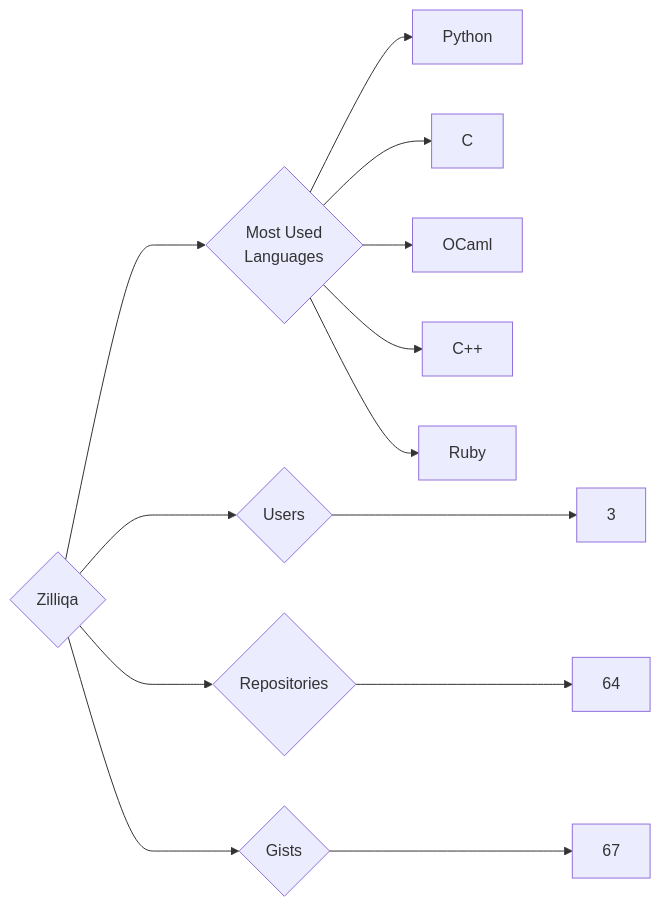
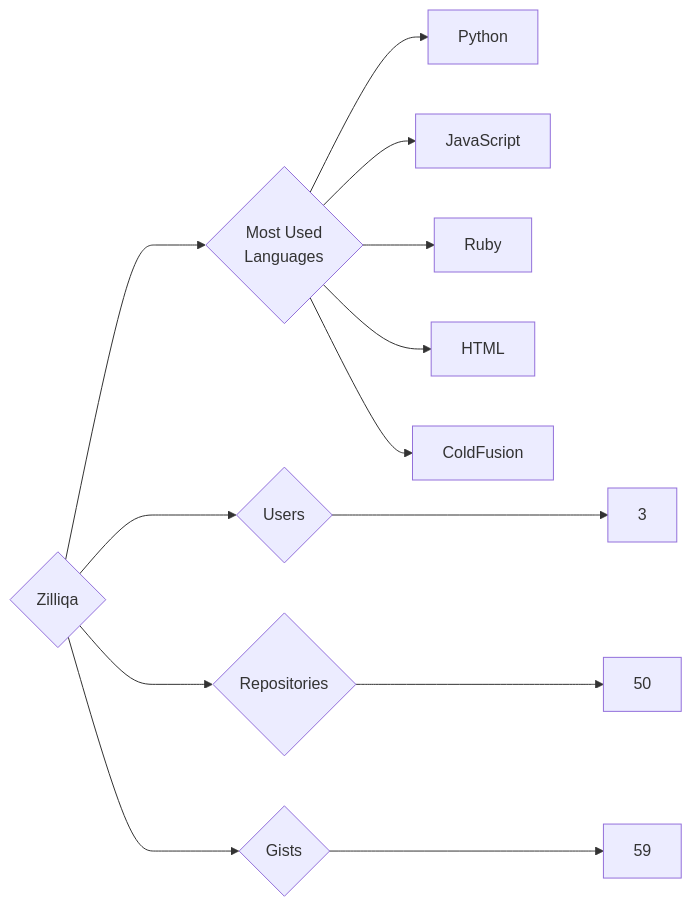
One commit to trickest/insiders changed the diagram in targets/Zilliqa/README.md. Above: the diagram before and after it, drawn with Mermaid. The commit also changed 582 other files, not shown here.

````diff
--- a/targets/Zilliqa/README.md
+++ b/targets/Zilliqa/README.md
@@ -3,13 +3,13 @@
 ```mermaid
 graph LR
 COMPANY_NAME{Zilliqa}
 COMPANY_NAME ---> U{Users} ---> UN[3]
-COMPANY_NAME ---> R{Repositories} ---> RN[64]
-COMPANY_NAME ---> G{Gists} ---> GN[67]
+COMPANY_NAME ---> R{Repositories} ---> RN[50]
+COMPANY_NAME ---> G{Gists} ---> GN[59]
 COMPANY_NAME ---> ML{Most Used<br>Languages}
 ML --> Python[Python]
-ML --> C[C]
-ML --> OCaml[OCaml]
-ML --> C++[C++]
+ML --> JavaScript[JavaScript]
 ML --> Ruby[Ruby]
+ML --> HTML[HTML]
+ML --> ColdFusion[ColdFusion]
 ```
````
